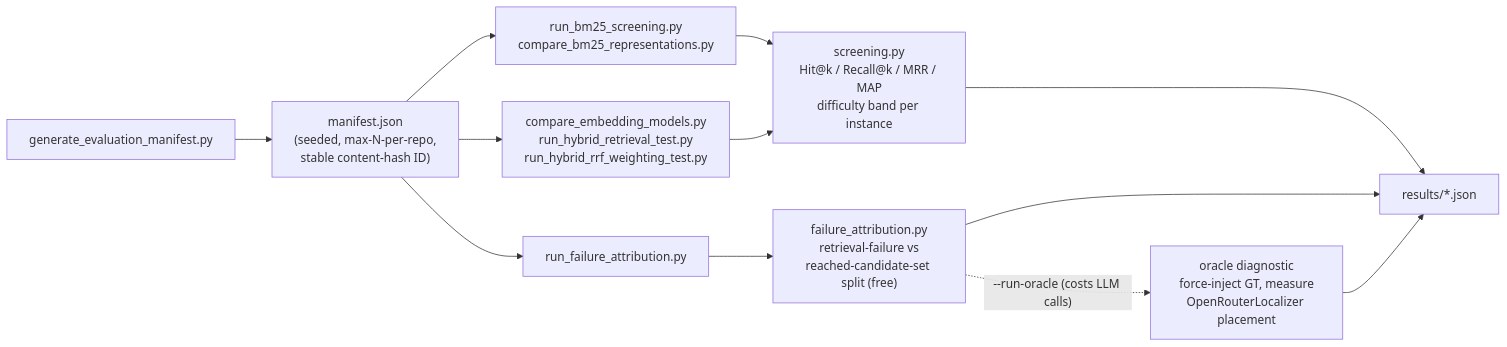
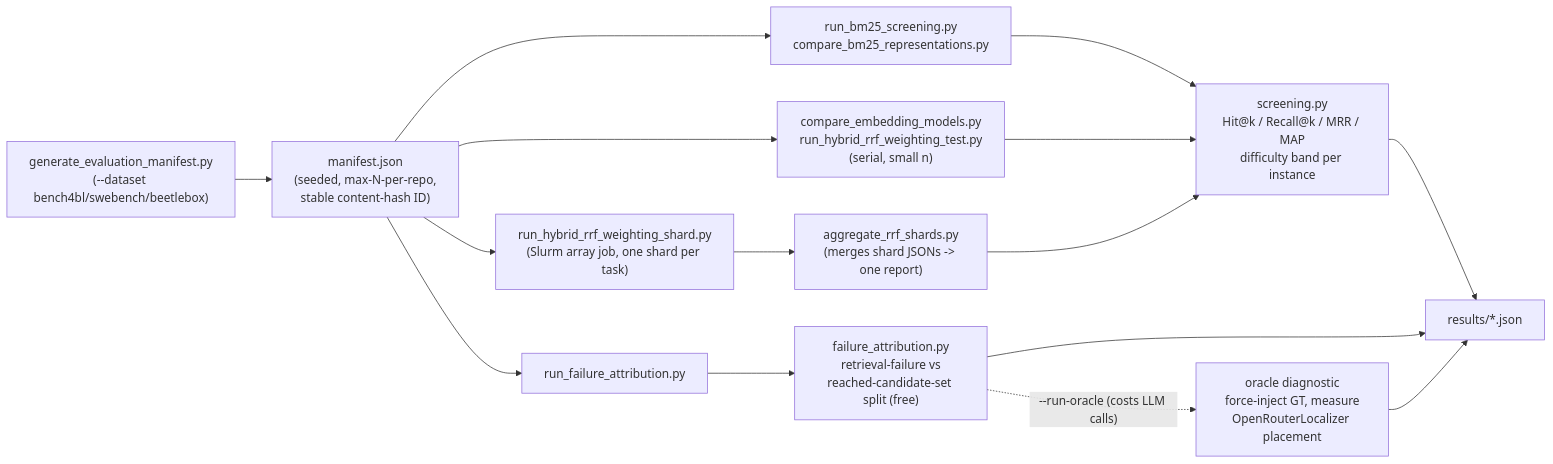
Before and after one commit to epayaslii/bug-localization: the fifth of 5 diagrams in docs/architecture.md, drawn with Mermaid. The commit also changed other lines of this file and 1 other file, not shown here.

First line of the commit message:
Rewrite architecture.md diagrams and fix stale main.py defaults/docs after the merge

````diff
--- a/docs/architecture.md
+++ b/docs/architecture.md
@@ -160,14 +189,17 @@
 ```mermaid
 flowchart LR
-    A["generate_evaluation_manifest.py"] --> M["manifest.json\n(seeded, max-N-per-repo,\nstable content-hash ID)"]
+    A["generate_evaluation_manifest.py\n(--dataset bench4bl/swebench/beetlebox)"] --> M["manifest.json\n(seeded, max-N-per-repo,\nstable content-hash ID)"]
     M --> B["run_bm25_screening.py\ncompare_bm25_representations.py"]
-    M --> EMB["compare_embedding_models.py\nrun_hybrid_retrieval_test.py\nrun_hybrid_rrf_weighting_test.py"]
+    M --> EMB["compare_embedding_models.py\nrun_hybrid_rrf_weighting_test.py\n(serial, small n)"]
+    M --> SHARD["run_hybrid_rrf_weighting_shard.py\n(Slurm array job, one shard per task)"]
+    SHARD --> AGG["aggregate_rrf_shards.py\n(merges shard JSONs -> one report)"]
     B --> S["screening.py\nHit@k / Recall@k / MRR / MAP\ndifficulty band per instance"]
     EMB --> S
+    AGG --> S
     S --> R1["results/*.json"]
     M --> F["run_failure_attribution.py"]
     F --> FA["failure_attribution.py\nretrieval-failure vs\nreached-candidate-set split (free)"]
     FA -.->|"--run-oracle (costs LLM calls)"| O["oracle diagnostic\nforce-inject GT, measure\nOpenRouterLocalizer placement"]
     FA --> R1
     O --> R1
 ```
````
